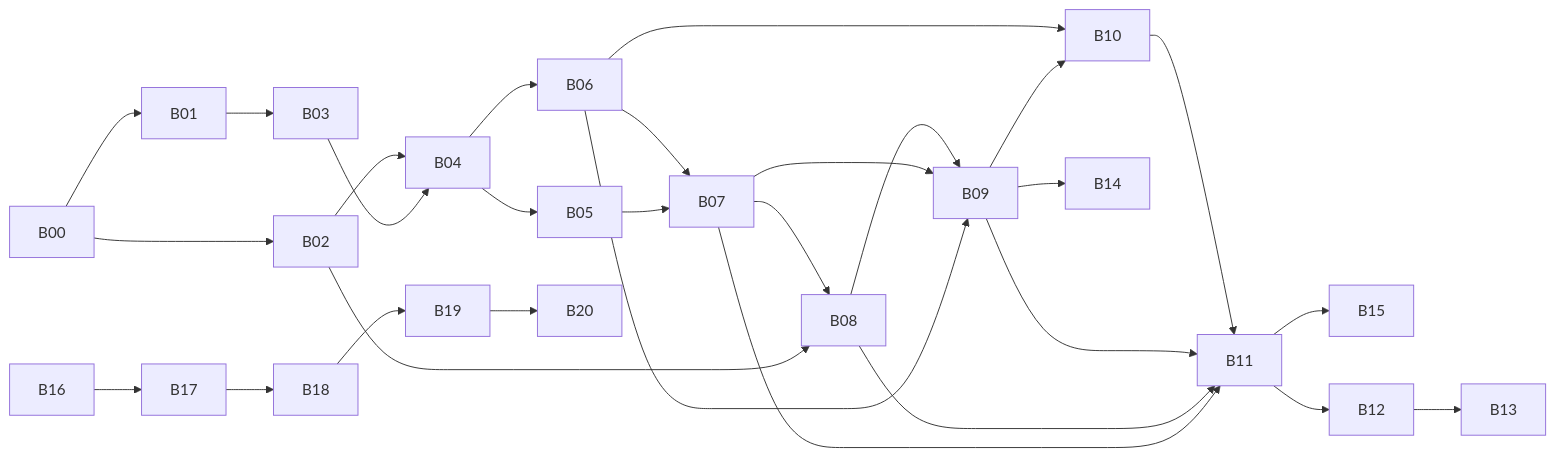
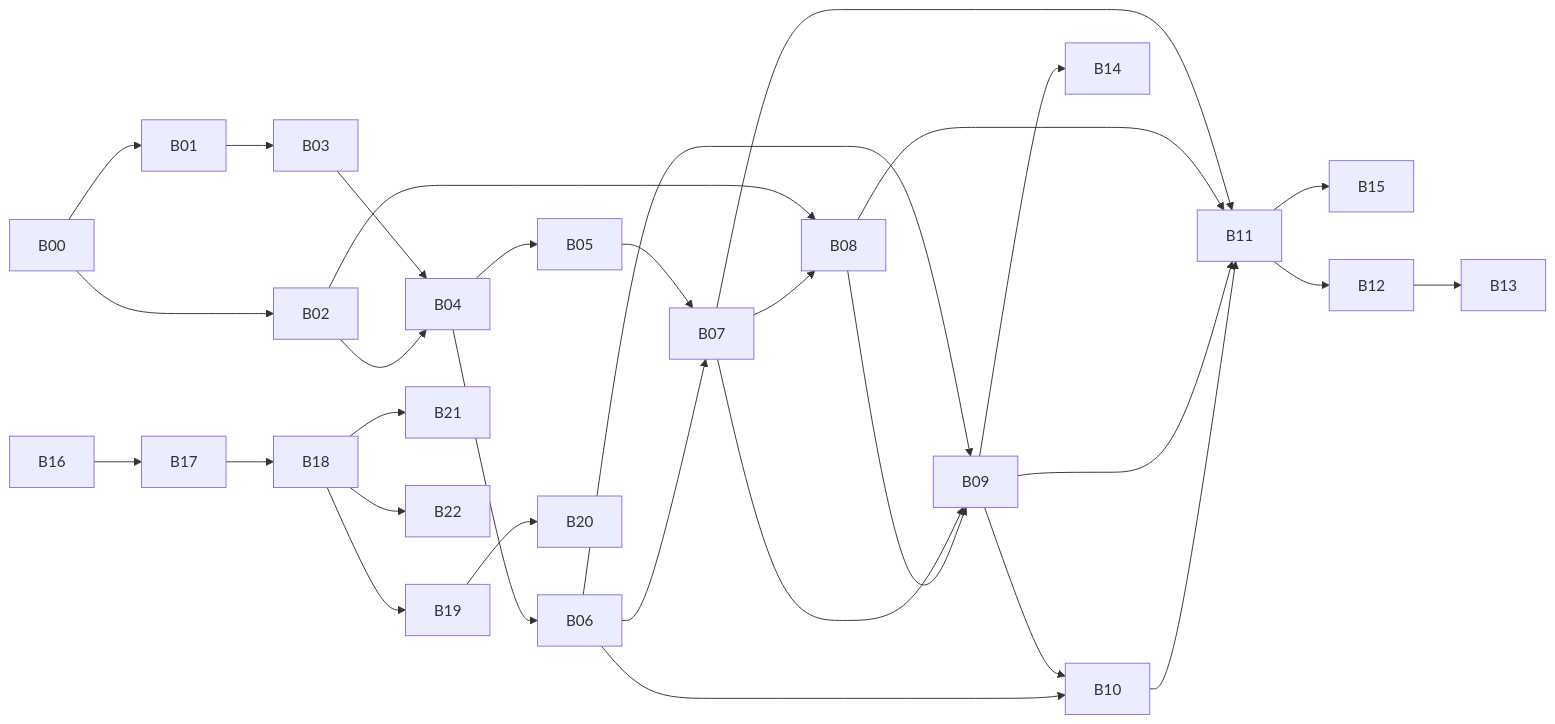
The diagram in docs/backlog/README.md (jonathan-vella/apex-factory-hackathon), drawn with Mermaid before and after one commit. The commit also changed other lines of this file and 8 other files, not shown here.

````diff
--- a/docs/backlog/README.md
+++ b/docs/backlog/README.md
@@ -48,20 +51,22 @@
 ```mermaid
 flowchart LR
   B00 --> B01 --> B03 --> B04
   B00 --> B02 --> B04
   B04 --> B05 --> B07
   B04 --> B06 --> B07
   B02 --> B08
   B07 --> B08
   B06 --> B09
   B07 --> B09
   B08 --> B09 --> B10
   B09 --> B14
   B11 --> B15
   B16 --> B17 --> B18 --> B19 --> B20
+  B18 --> B21
+  B18 --> B22
   B06 --> B10
   B07 --> B11
   B08 --> B11
   B09 --> B11
   B10 --> B11 --> B12 --> B13
 ```
````
